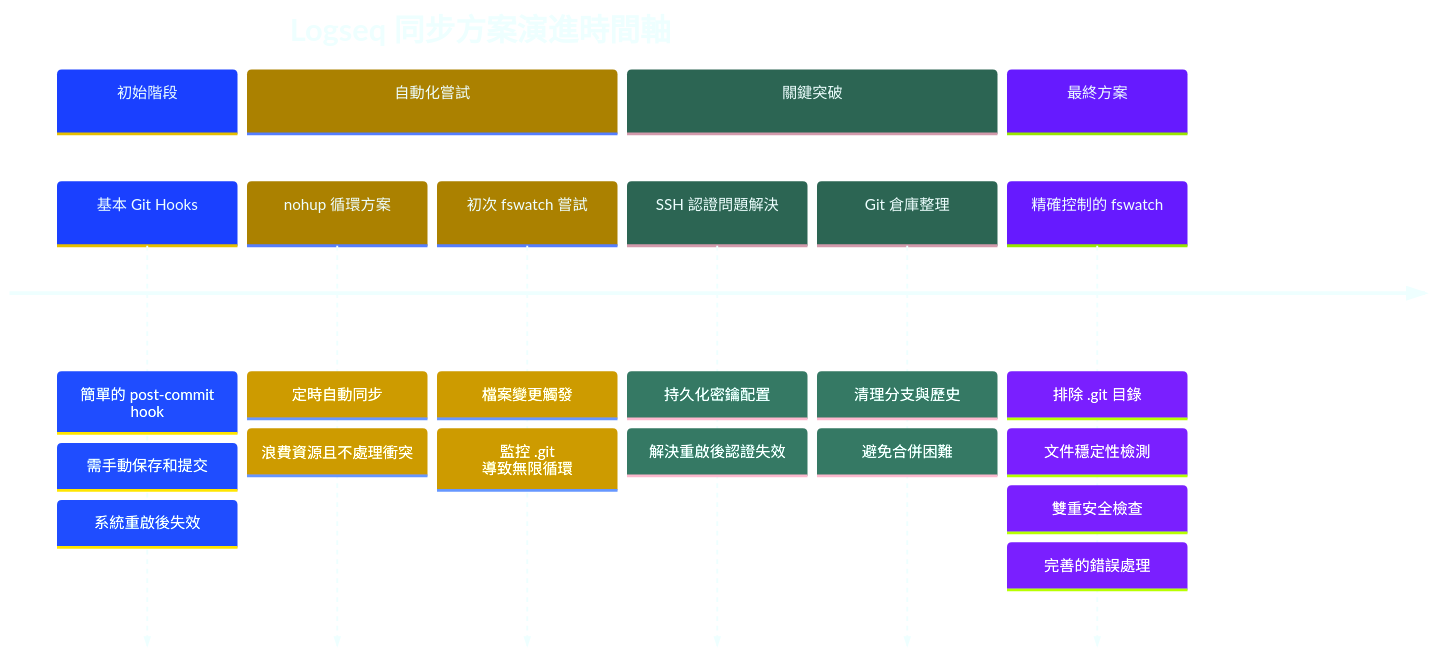
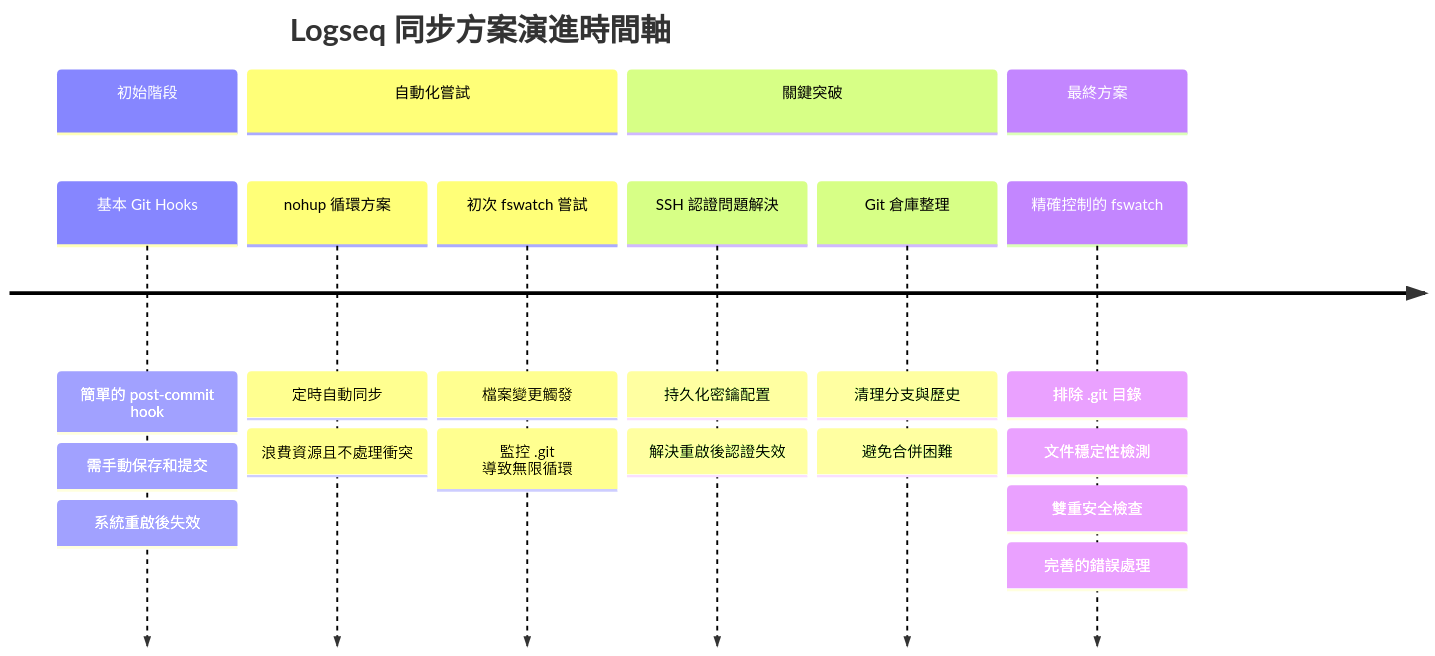
Before and after one commit to GengGeng026/Sync-Logseq: the first of 2 diagrams in Logseq同步方案演進記錄.md, drawn with Mermaid.

Commit message:
Auto-sync: Wed Mar 26 09:31:01 +08 2025

````diff
--- a/Logseq同步方案演進記錄.md
+++ b/Logseq同步方案演進記錄.md
@@ -24,36 +24,40 @@
 ```mermaid
 %%{init: {
   'theme': 'base', 
   'themeVariables': {
     'primaryColor': '#99AAFF',
     'secondaryColor': '#FFCB2B',
     'tertiaryColor': '#59B79A',
     'primaryTextColor': '#EEFFFF',
     'background': 'transparent',
-    'sectionBkgColor': '#273747',
-    'sectionBkgColor5': '#4B5E78'
+    'textColor': '#EEFFFF',
+    'mainBkg': '#273747',
+    'nodeBorder': '#59B79A',
+    'clusterBkg': 'transparent',
+    'edgeLabelBackground': '#21252B'
+  }
   }
 }}%%
 
 timeline
     title Logseq 同步方案演進時間軸
     section 初始階段
         基本 Git Hooks : 簡單的 post-commit hook
         : 需手動保存和提交
         : 系統重啟後失效
     section 自動化嘗試
         nohup 循環方案 : 定時自動同步
         : 浪費資源且不處理衝突
         初次 fswatch 嘗試 : 檔案變更觸發
         : 監控 .git 導致無限循環
     section 關鍵突破
         SSH 認證問題解決 : 持久化密鑰配置
         : 解決重啟後認證失效
         Git 倉庫整理 : 清理分支與歷史
         : 避免合併困難
     section 最終方案
         精確控制的 fswatch : 排除 .git 目錄
         : 文件穩定性檢測
         : 雙重安全檢查
         : 完善的錯誤處理
 ```
````
